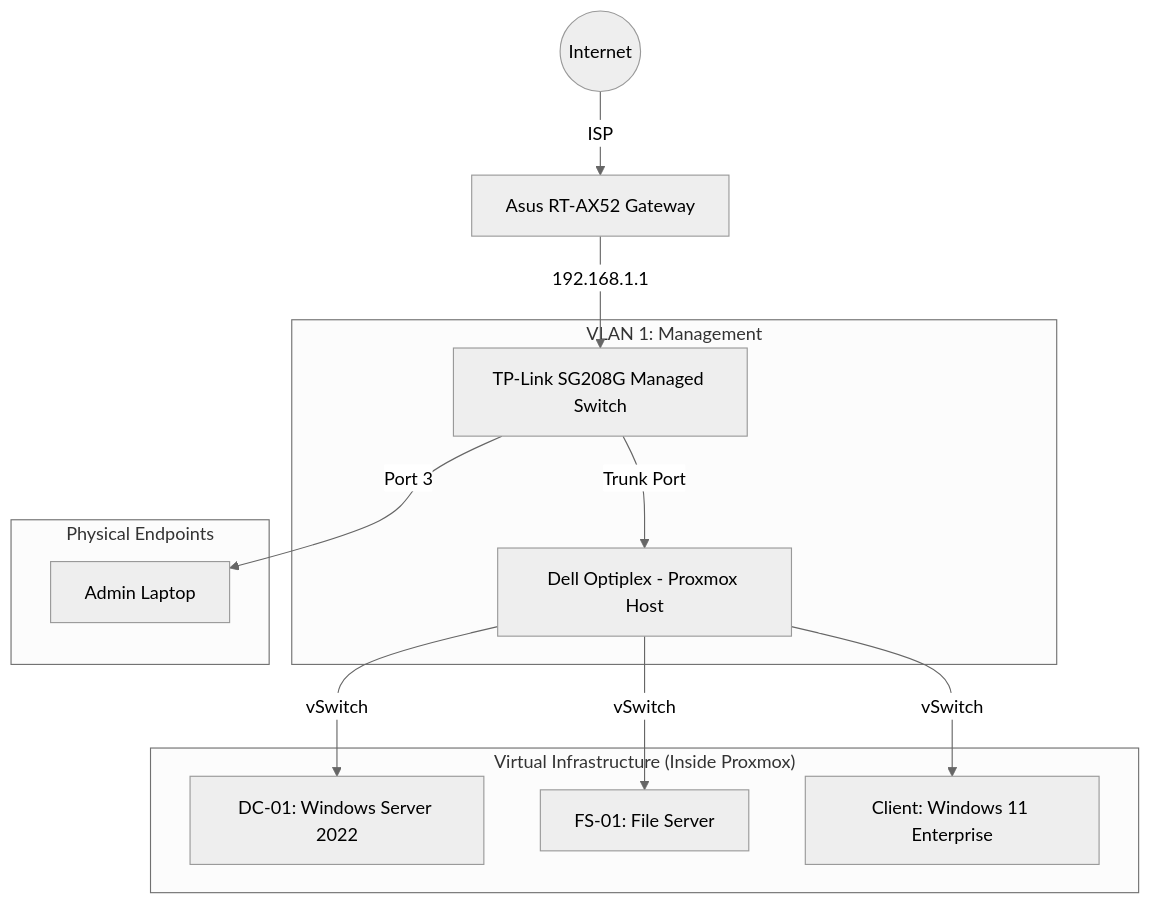
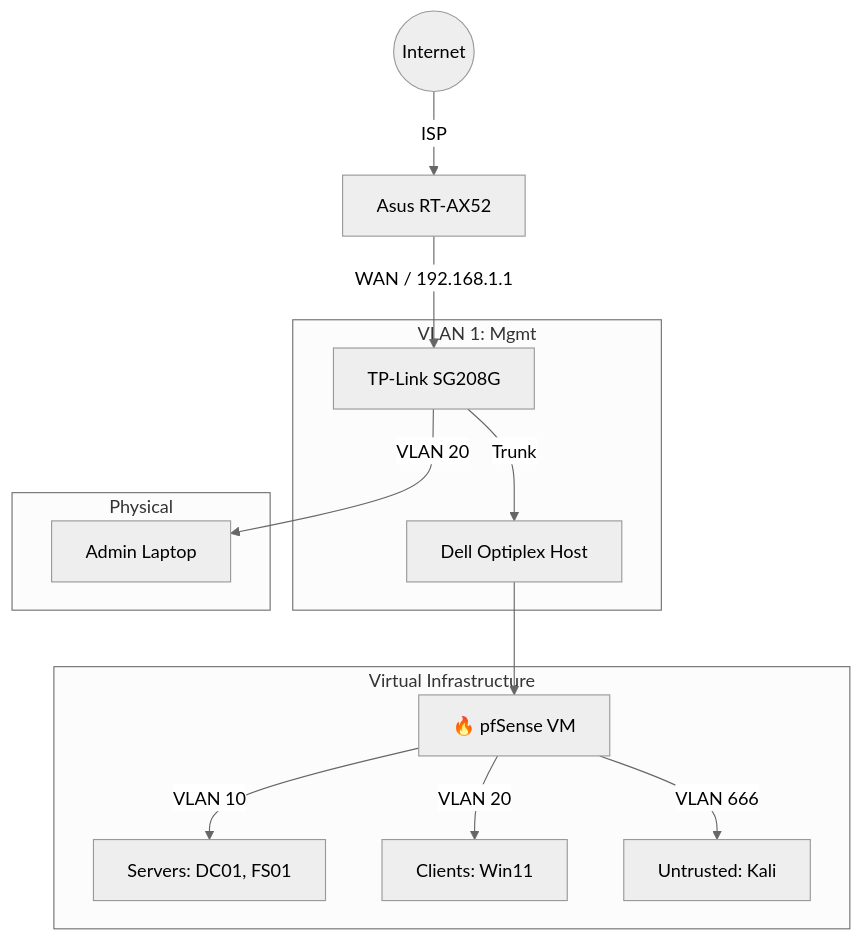
Before and after one commit to AlexPopCyberSec/My-IT-Career-Transition-Journey: the diagram in Leap-Corp-Enterprise-Proxmox/README.md, drawn with Mermaid (neutral theme). The commit also changed other lines of this file, not shown here.

Commit message:
Network Topology Update

````diff
--- a/Leap-Corp-Enterprise-Proxmox/README.md
+++ b/Leap-Corp-Enterprise-Proxmox/README.md
@@ -25,19 +25,21 @@
 ```mermaid
 graph TD
-    Internet((Internet)) -->|ISP| Gateway[Asus RT-AX52 Gateway]
-    Gateway -->|192.168.1.1| Switch[TP-Link SG208G Managed Switch]
+    Internet((Internet)) -->|ISP| Gateway[Asus RT-AX52]
+    Gateway -->|WAN / 192.168.1.1| Switch[TP-Link SG208G]
 
-    subgraph "VLAN 1: Management"
-        Switch -->|Trunk Port| Proxmox[Dell Optiplex - Proxmox Host]
+    subgraph "VLAN 1: Mgmt"
+        Switch -->|Trunk| Proxmox[Dell Optiplex Host]
     end
 
-    subgraph "Virtual Infrastructure (Inside Proxmox)"
-        Proxmox -->|vSwitch| DC01[DC-01: Windows Server 2022]
-        Proxmox -->|vSwitch| FS01[FS-01: File Server]
-        Proxmox -->|vSwitch| W11[Client: Windows 11 Enterprise]
+    subgraph "Virtual Infrastructure"
+        Proxmox --> pfSense[🔥 pfSense VM]
+        
+        pfSense -->|VLAN 10| Servers[Servers: DC01, FS01]
+        pfSense -->|VLAN 20| Clients[Clients: Win11]
+        pfSense -->|VLAN 666| Untrusted[Untrusted: Kali]
     end
 
-    subgraph "Physical Endpoints"
-        Switch -->|Port 3| Laptop[Admin Laptop]
+    subgraph "Physical"
+        Switch -->|VLAN 20| Laptop[Admin Laptop]
     end
 ```
````
